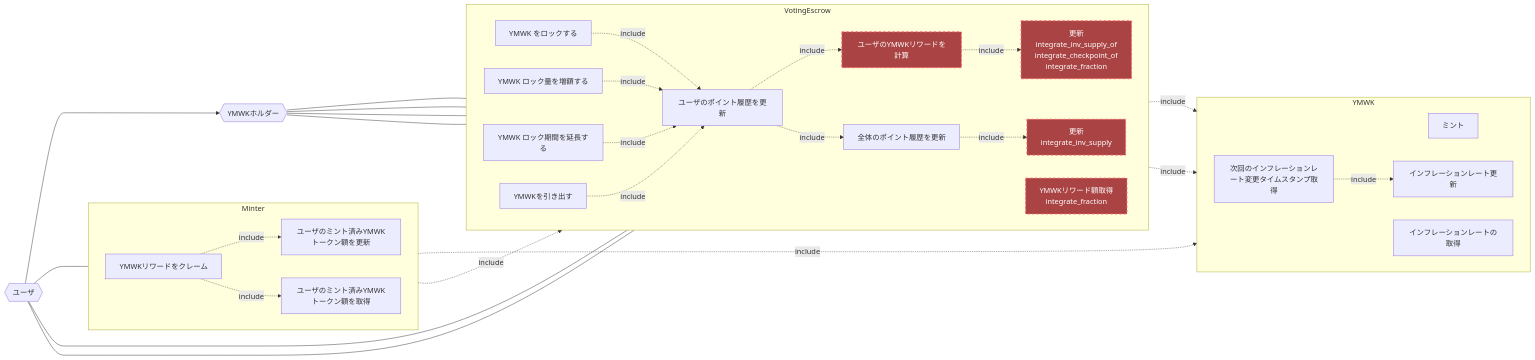
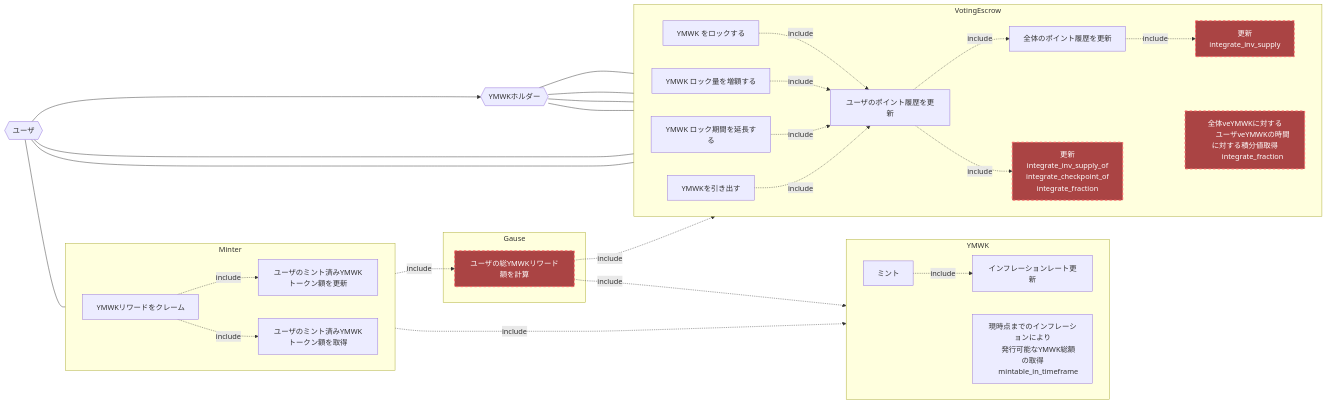
Before and after one commit to DeFiGeek-Community/yamawake: the diagram in doc/ja/VotingEscrow/usecase.md, drawn with Mermaid.

Commit message:
Updated docs for VotingEscrow #16

```diff
--- a/doc/ja/VotingEscrow/usecase.md
+++ b/doc/ja/VotingEscrow/usecase.md
@@ -40,18 +40,22 @@
         integrate_checkpoint_of
         integrate_fraction
     ]
-    calc_reward[ユーザのYMWKリワードを計算]
+    calc_reward[ユーザの総YMWKリワード額を計算]
 
     mint[ミント]
-    rate[インフレーションレートの取得]
-    future_epoch_time_write[次回のインフレーションレート変更タイムスタンプ取得]
+    mintable_in_timeframe[
+      現時点までのインフレーションにより
+      発行可能なYMWK総額の取得
+      mintable_in_timeframe
+    ]
     update_rate[インフレーションレート更新]
     update_minted[ユーザのミント済みYMWKトークン額を更新]
     minted[ユーザのミント済みYMWKトークン額を取得]
     claim_ymwk[YMWKリワードをクレーム]
 
-    claimable_tokens[
-        YMWKリワード額取得
+    integrate_fraction[
+        全体veYMWKに対する
+        ユーザveYMWKの時間に対する積分値取得
         integrate_fraction
         ]
 
@@ -65,31 +69,33 @@
     increase_unlock_time -.->|include| uck
     withdraw -.->|include| uck
     uck -.->|include| ck
-    uck -.->|include| calc_reward
+    uck -.->|include| integral_of
     user --- ck
     user --- increase_amount
 
-    calc_reward -.->|include| future_epoch_time_write
-    calc_reward -.->|include| rate
-    calc_reward -.->|include| integral_of
+    calc_reward -.->|include| integrate_fraction
+    calc_reward -.->|include| mintable_in_timeframe
     user ---> holder
 
     user --- claim_ymwk
 
-    claim_ymwk -.->|include| claimable_tokens
 
+    claim_ymwk -.->|include| calc_reward
     claim_ymwk -.->|include| mint
     claim_ymwk -.->|include| minted
     claim_ymwk -.->|include| update_minted
-
-    future_epoch_time_write -.->|include| update_rate
+    mint -.->|include| update_rate
 
     ck -.->|include| integral
 
     style calc_reward fill:#a44,stroke:#f66,stroke-width:2px,color:#fff,stroke-dasharray: 5 5
-    style claimable_tokens fill:#a44,stroke:#f66,stroke-width:2px,color:#fff,stroke-dasharray: 5 5
+    style integrate_fraction fill:#a44,stroke:#f66,stroke-width:2px,color:#fff,stroke-dasharray: 5 5
     style integral fill:#a44,stroke:#f66,stroke-width:2px,color:#fff,stroke-dasharray: 5 5
     style integral_of fill:#a44,stroke:#f66,stroke-width:2px,color:#fff,stroke-dasharray: 5 5
+
+    subgraph Gause
+      calc_reward
+    end
 
     subgraph VotingEscrow
       direction LR
@@ -99,8 +105,7 @@
       withdraw
       uck
       ck
-      calc_reward
-      claimable_tokens
+      integrate_fraction
       integral_of
       integral
     end
@@ -108,9 +113,8 @@
     subgraph YMWK
       direction LR
       mint
-      rate
-      future_epoch_time_write
       update_rate
+      mintable_in_timeframe
     end
     subgraph Minter
       direction LR
```
